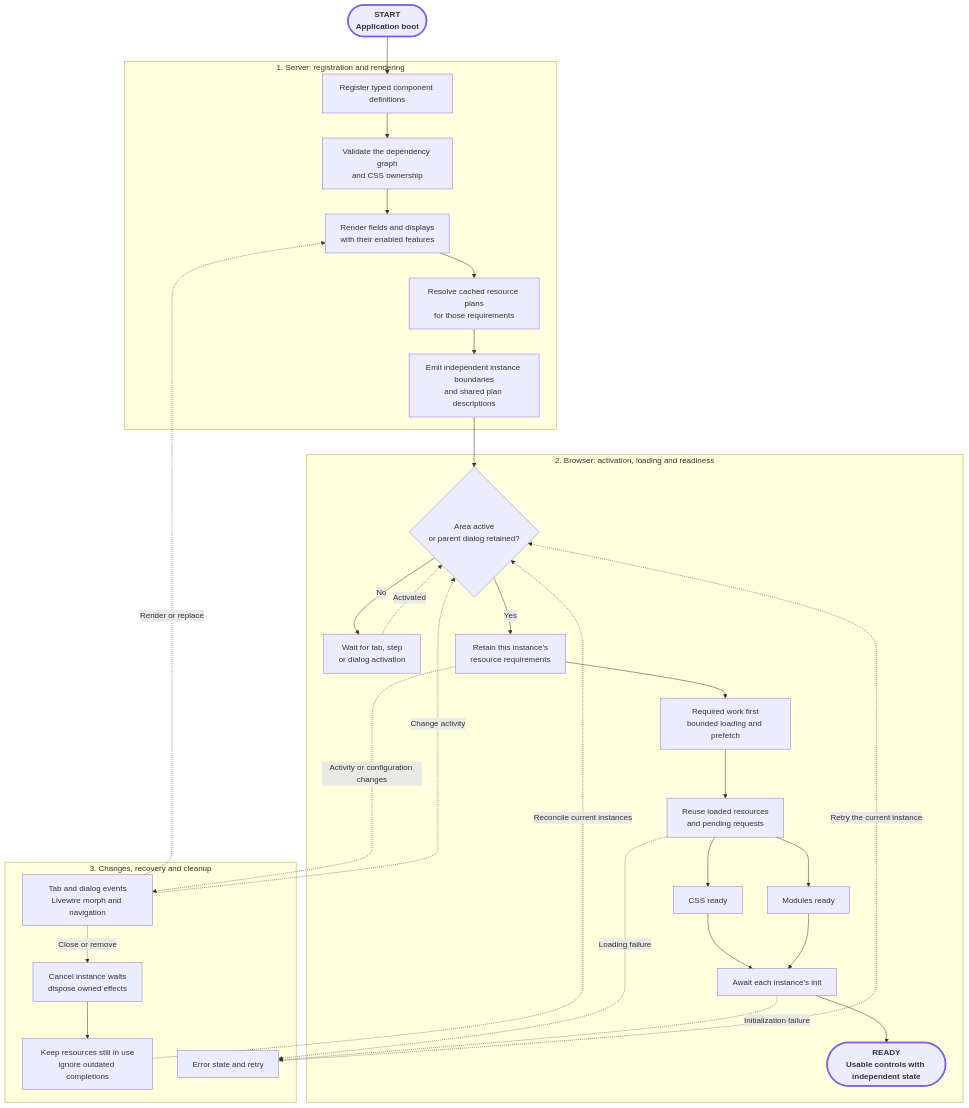
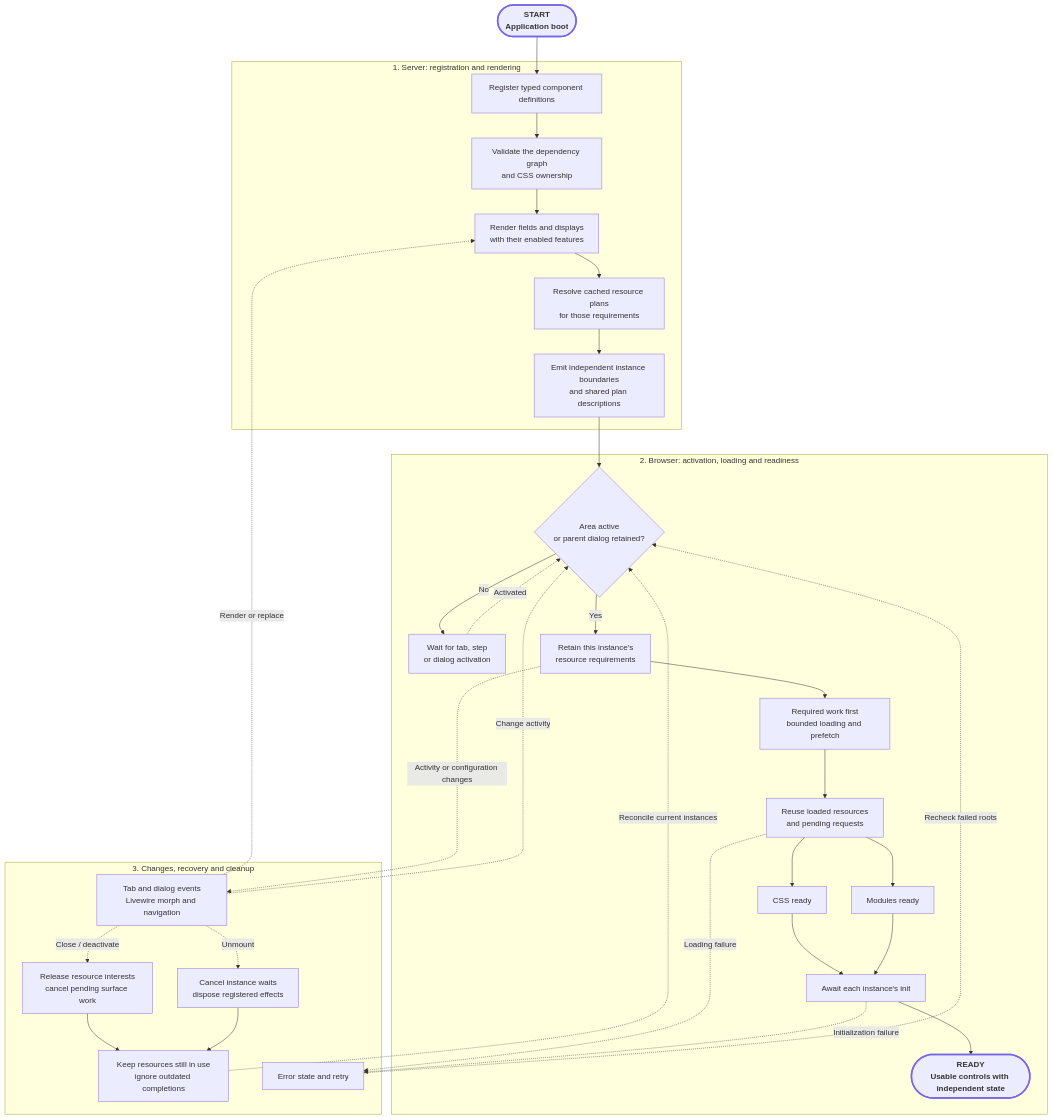
The diagram in README.md (BenjaminRayner/filament-flex-fields), drawn with Mermaid before and after one commit. The commit also changed other lines of this file and 86 other files, not shown here.

````diff
--- a/README.md
+++ b/README.md
@@ -154,40 +161,42 @@
 ```mermaid
 flowchart TB
     start(["START<br/>Application boot"]) --> definitions
 
     subgraph planning["1. Server: registration and rendering"]
         definitions["Register typed component definitions"] --> validated["Validate the dependency graph<br/>and CSS ownership"]
         validated --> features["Render fields and displays<br/>with their enabled features"]
         features --> plans["Resolve cached resource plans<br/>for those requirements"]
         plans --> boundaries["Emit independent instance boundaries<br/>and shared plan descriptions"]
     end
 
     subgraph loading["2. Browser: activation, loading and readiness"]
         boundaries --> activity{"Area active<br/>or parent dialog retained?"}
         activity -->|No| waiting["Wait for tab, step<br/>or dialog activation"]
         waiting -.->|Activated| activity
         activity -->|Yes| owners["Retain this instance's<br/>resource requirements"]
         owners --> queue["Required work first<br/>bounded loading and prefetch"]
         queue --> shared["Reuse loaded resources<br/>and pending requests"]
         shared --> css["CSS ready"]
         shared --> modules["Modules ready"]
         css --> init["Await each instance's init"]
         modules --> init
         init --> ready(["READY<br/>Usable controls with independent state"])
     end
 
     subgraph lifecycle["3. Changes, recovery and cleanup"]
         owners -.->|Activity or configuration changes| events["Tab and dialog events<br/>Livewire morph and navigation"]
         events -.->|Render or replace| features
         events -.->|Change activity| activity
-        events -.->|Close or remove| cleanup["Cancel instance waits<br/>dispose owned effects"]
+        events -.->|Close / deactivate| release["Release resource interests<br/>cancel pending surface work"]
+        events -.->|Unmount| cleanup["Cancel instance waits<br/>dispose registered effects"]
+        release --> retained
         cleanup --> retained["Keep resources still in use<br/>ignore outdated completions"]
         retained -.->|Reconcile current instances| activity
         shared -.->|Loading failure| retry["Error state and retry"]
         init -.->|Initialization failure| retry
-        retry -.->|Retry the current instance| activity
+        retry -.->|Recheck failed roots| activity
     end
 
     classDef milestone stroke:#7964E8,stroke-width:3px,font-weight:bold;
     class start,ready milestone;
 ```
````
